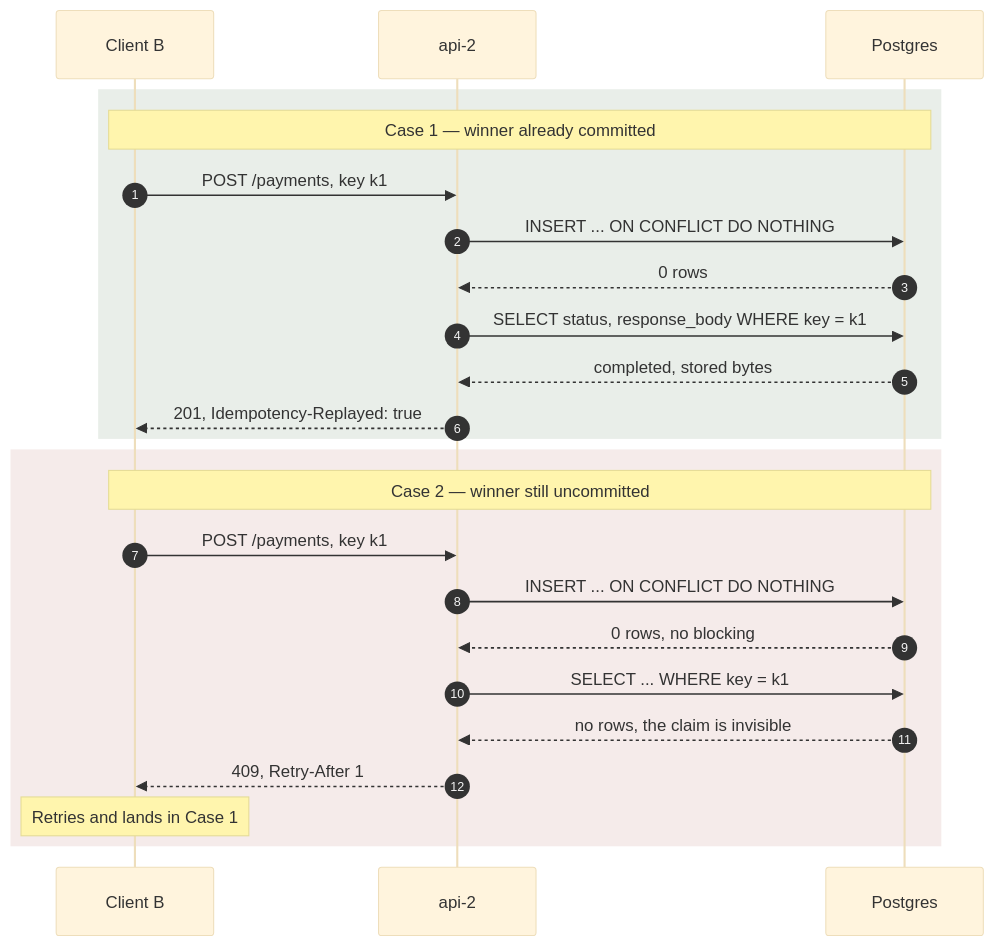
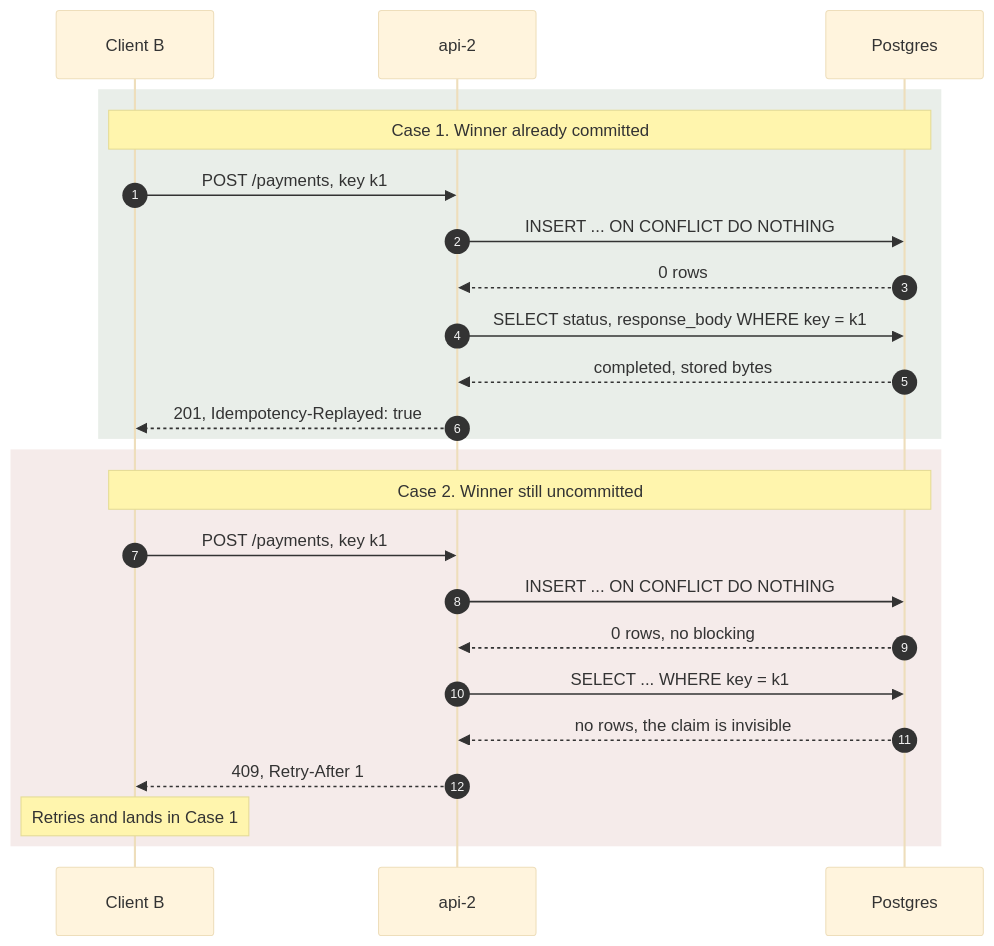
One commit to Ridzzz0Alam/idempotent-payment changed the fourth of 12 diagrams in docs/DIAGRAMS.md. Above: the diagram before and after it, drawn with Mermaid (base theme). The commit also changed other lines of this file and 1 other file, not shown here.

````diff
--- a/docs/DIAGRAMS.md
+++ b/docs/DIAGRAMS.md
@@ -91,28 +132,28 @@
 ```mermaid
 sequenceDiagram
     autonumber
     participant C2 as Client B
     participant API as api-2
     participant PG as Postgres
 
     rect rgb(233, 238, 233)
-    Note over C2,PG: Case 1 — winner already committed
+    Note over C2,PG: Case 1. Winner already committed
     C2->>API: POST /payments, key k1
     API->>PG: INSERT ... ON CONFLICT DO NOTHING
     PG-->>API: 0 rows
     API->>PG: SELECT status, response_body WHERE key = k1
     PG-->>API: completed, stored bytes
     API-->>C2: 201, Idempotency-Replayed: true
     end
 
     rect rgb(245, 235, 234)
-    Note over C2,PG: Case 2 — winner still uncommitted
+    Note over C2,PG: Case 2. Winner still uncommitted
     C2->>API: POST /payments, key k1
     API->>PG: INSERT ... ON CONFLICT DO NOTHING
     PG-->>API: 0 rows, no blocking
     API->>PG: SELECT ... WHERE key = k1
     PG-->>API: no rows, the claim is invisible
     API-->>C2: 409, Retry-After 1
     Note over C2: Retries and lands in Case 1
     end
 ```
````
